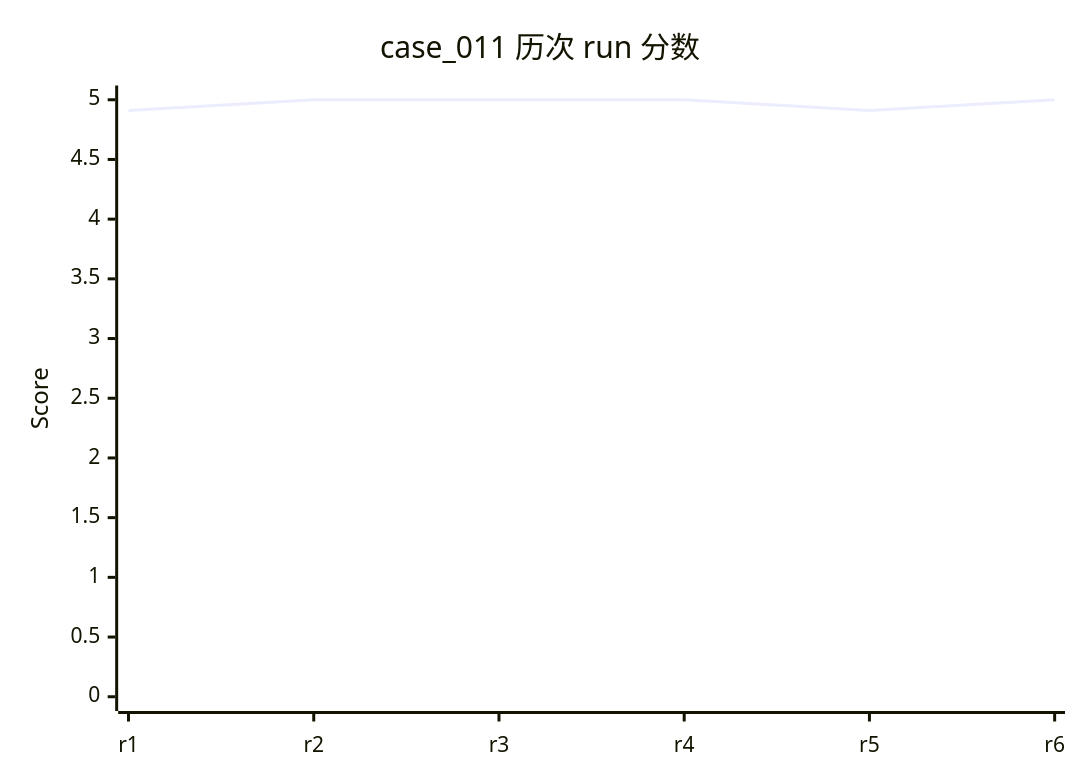
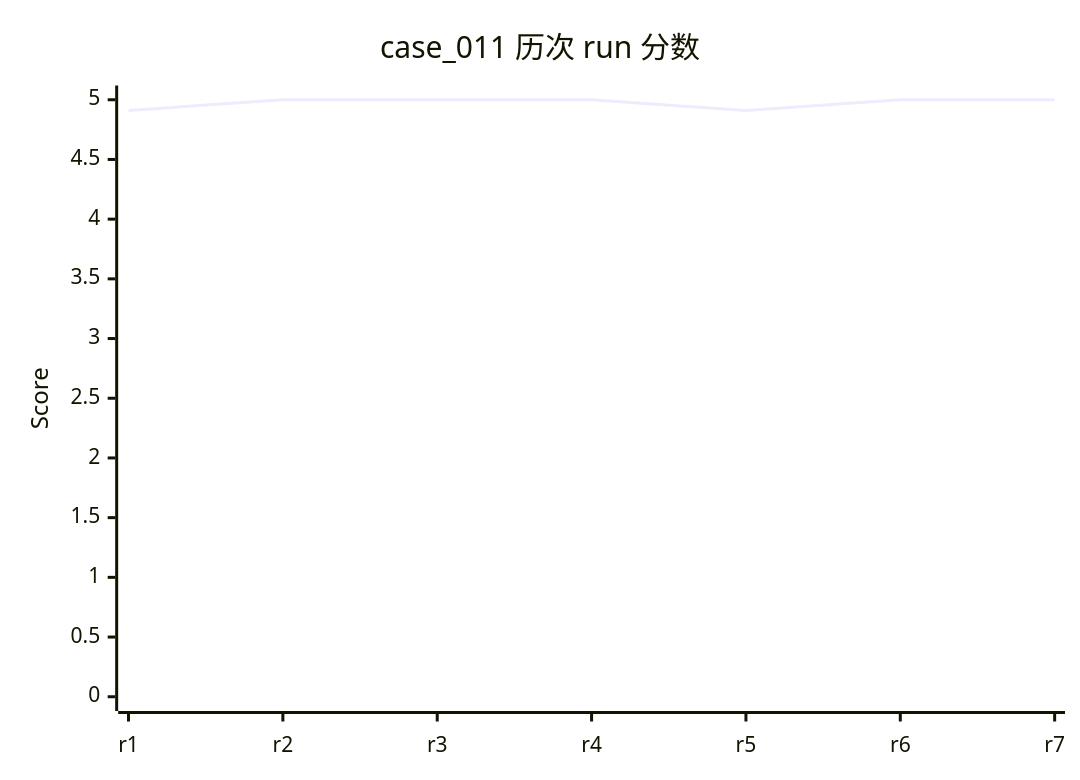
One commit to rushengzhou/sid-code changed diagram 16 of 58 in evals/DASHBOARD.md. Above: the diagram before and after it, drawn with Mermaid. The commit also changed other lines of this file and 108 other files, not shown here.

````diff
--- a/evals/DASHBOARD.md
+++ b/evals/DASHBOARD.md
@@ -389,7 +390,7 @@
 ```mermaid
 xychart-beta
     title "case_011 历次 run 分数"
-    x-axis [r1, r2, r3, r4, r5, r6]
+    x-axis [r1, r2, r3, r4, r5, r6, r7]
     y-axis "Score" 0 --> 5
-    line [4.91, 5.00, 5.00, 5.00, 4.91, 5.00]
+    line [4.91, 5.00, 5.00, 5.00, 4.91, 5.00, 5.00]
 ```
````
